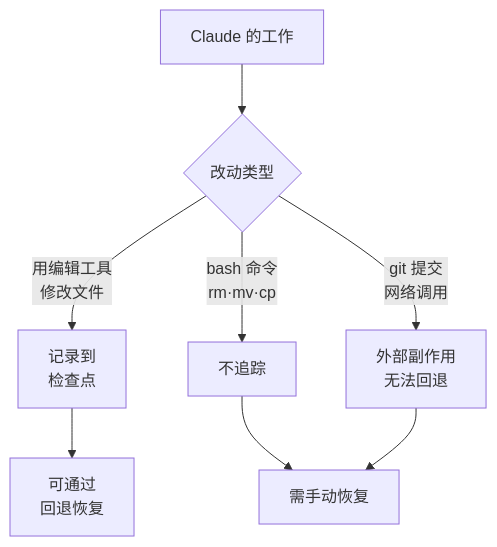
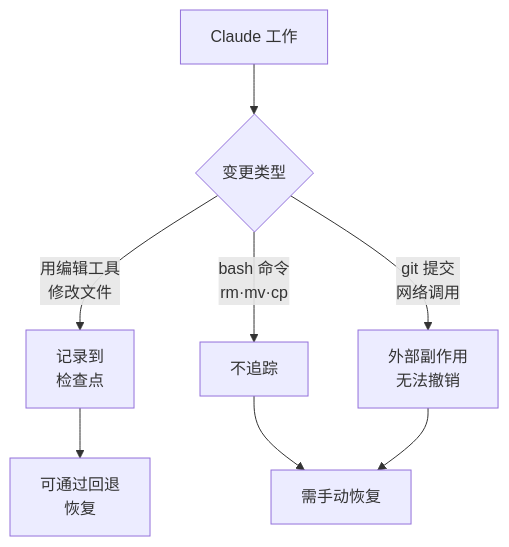
One commit to modu-ai/moai-adk changed the diagram in docs-site/content/zh/claude-code/context-memory/checkpointing.md. Above: the diagram before and after it, drawn with Mermaid. The commit also changed other lines of this file and 395 other files, not shown here.

````diff
--- a/docs-site/content/zh/claude-code/context-memory/checkpointing.md
+++ b/docs-site/content/zh/claude-code/context-memory/checkpointing.md
@@ -75,10 +75,10 @@
 ```mermaid
 flowchart TD
-    A[Claude 的工作] --> B{改动类型}
+    A[Claude 工作] --> B{变更类型}
     B -->|用编辑工具<br>修改文件| C[记录到<br>检查点]
     B -->|bash 命令<br>rm·mv·cp| D[不追踪]
-    B -->|git 提交<br>网络调用| E[外部副作用<br>无法回退]
-    C --> F[可通过<br>回退恢复]
+    B -->|git 提交<br>网络调用| E[外部副作用<br>无法撤销]
+    C --> F[可通过回退<br>恢复]
     D --> G[需手动恢复]
     E --> G
 ```
````
